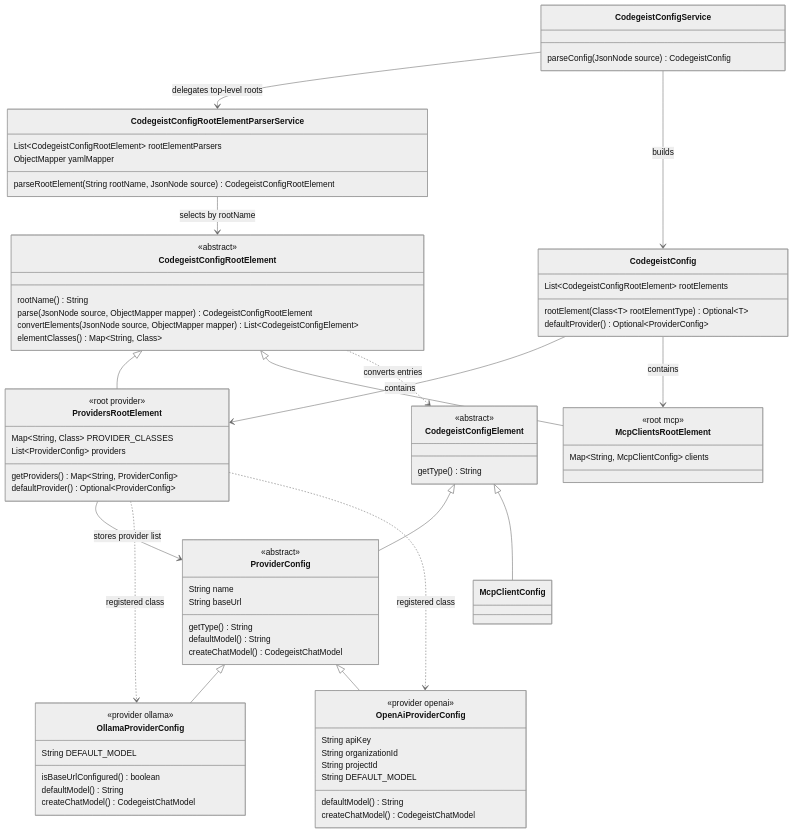
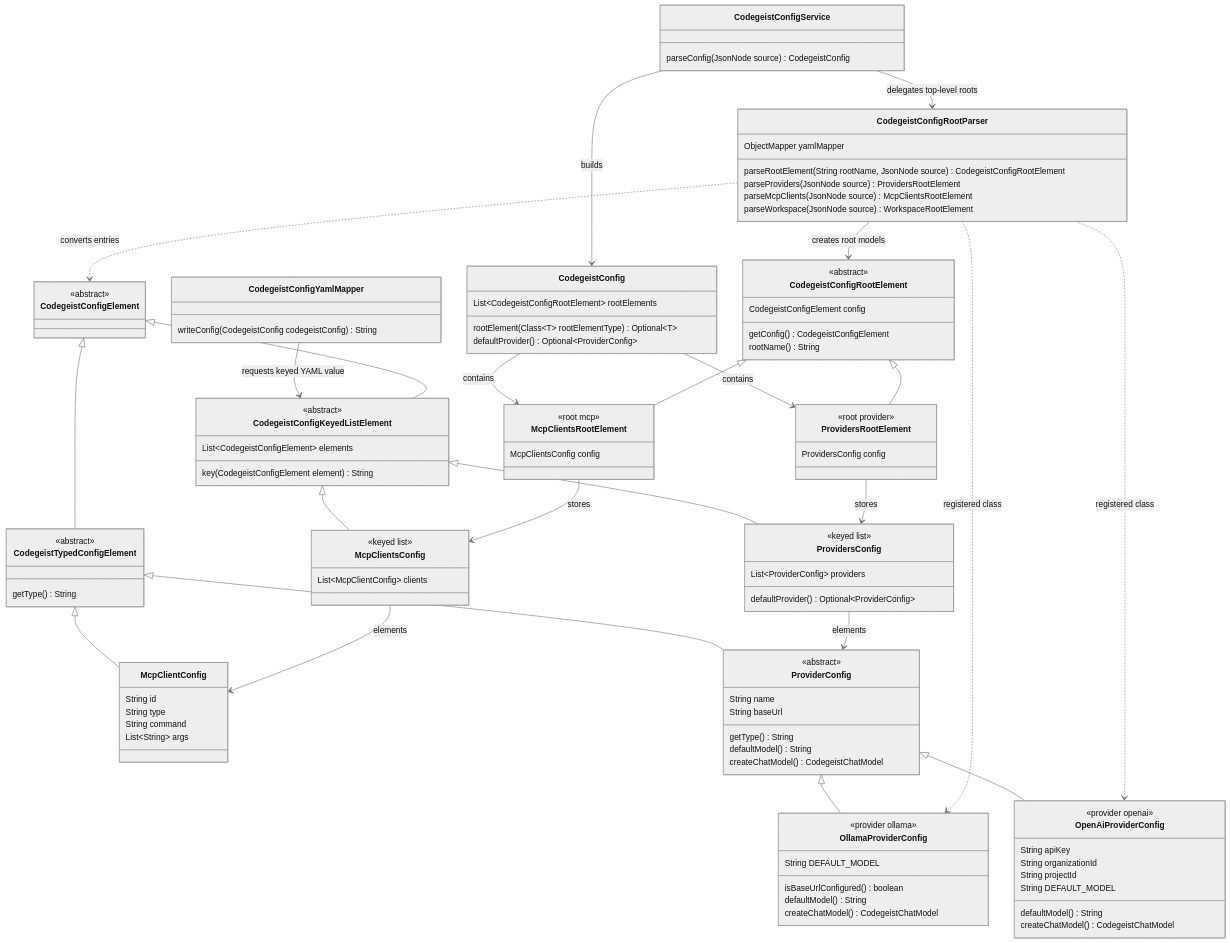
The first of 5 diagrams in docs/developer/architecture/provider-configuration.md (codegeist-ai/codegeist), drawn with Mermaid (neutral theme) before and after one commit. The commit also changed other lines of this file and 46 other files, not shown here.

First line of the commit message:
feat(config): add workspace resolution and keyed roots

````diff
--- a/docs/developer/architecture/provider-configuration.md
+++ b/docs/developer/architecture/provider-configuration.md
@@ -138,38 +149,68 @@
 
     class CodegeistConfigElement {
       <<abstract>>
+    }
+
+    class CodegeistTypedConfigElement {
+      <<abstract>>
       getType() String
+    }
+
+    class CodegeistConfigKeyedListElement {
+      <<abstract>>
+      List~CodegeistConfigElement~ elements
+      key(CodegeistConfigElement element) String
     }
 
     class CodegeistConfigRootElement {
       <<abstract>>
+      CodegeistConfigElement config
+      getConfig() CodegeistConfigElement
       rootName() String
-      parse(JsonNode source, ObjectMapper mapper) CodegeistConfigRootElement
-      convertElements(JsonNode source, ObjectMapper mapper) List~CodegeistConfigElement~
-      elementClasses() Map~String, Class~
     }
 
     class CodegeistConfigService {
       parseConfig(JsonNode source) CodegeistConfig
     }
 
-    class CodegeistConfigRootElementParserService {
-      List~CodegeistConfigRootElement~ rootElementParsers
+    class CodegeistConfigYamlMapper {
+      writeConfig(CodegeistConfig codegeistConfig) String
+    }
+
+    class CodegeistConfigRootParser {
       ObjectMapper yamlMapper
       parseRootElement(String rootName, JsonNode source) CodegeistConfigRootElement
+      parseProviders(JsonNode source) ProvidersRootElement
+      parseMcpClients(JsonNode source) McpClientsRootElement
+      parseWorkspace(JsonNode source) WorkspaceRootElement
     }
 
     class ProvidersRootElement {
       <<root provider>>
-      Map~String, Class~ PROVIDER_CLASSES
+      ProvidersConfig config
+    }
+
+    class ProvidersConfig {
+      <<keyed list>>
       List~ProviderConfig~ providers
-      getProviders() Map~String, ProviderConfig~
       defaultProvider() Optional~ProviderConfig~
     }
 
     class McpClientsRootElement {
       <<root mcp>>
-      Map~String, McpClientConfig~ clients
+      McpClientsConfig config
+    }
+
+    class McpClientsConfig {
+      <<keyed list>>
+      List~McpClientConfig~ clients
+    }
+
+    class McpClientConfig {
+      String id
+      String type
+      String command
+      List~String~ args
     }
 
     class ProviderConfig {
@@ -199,19 +240,27 @@
       createChatModel() CodegeistChatModel
     }
 
-    CodegeistConfigService --> CodegeistConfigRootElementParserService : delegates top-level roots
-    CodegeistConfigRootElementParserService --> CodegeistConfigRootElement : selects by rootName
+    CodegeistConfigService --> CodegeistConfigRootParser : delegates top-level roots
+    CodegeistConfigYamlMapper --> CodegeistConfigKeyedListElement : requests keyed YAML value
+    CodegeistConfigRootParser --> CodegeistConfigRootElement : creates root models
     CodegeistConfigService --> CodegeistConfig : builds
     CodegeistConfig --> ProvidersRootElement : contains
     CodegeistConfig --> McpClientsRootElement : contains
+    CodegeistConfigElement <|-- CodegeistTypedConfigElement
+    CodegeistConfigElement <|-- CodegeistConfigKeyedListElement
+    CodegeistTypedConfigElement <|-- ProviderConfig
+    CodegeistTypedConfigElement <|-- McpClientConfig
+    CodegeistConfigKeyedListElement <|-- ProvidersConfig
+    CodegeistConfigKeyedListElement <|-- McpClientsConfig
     CodegeistConfigRootElement <|-- ProvidersRootElement
     CodegeistConfigRootElement <|-- McpClientsRootElement
-    ProvidersRootElement --> ProviderConfig : stores provider list
-    CodegeistConfigRootElement ..> CodegeistConfigElement : converts entries
-    CodegeistConfigElement <|-- ProviderConfig
-    CodegeistConfigElement <|-- McpClientConfig
+    ProvidersRootElement --> ProvidersConfig : stores
+    McpClientsRootElement --> McpClientsConfig : stores
+    ProvidersConfig --> ProviderConfig : elements
+    McpClientsConfig --> McpClientConfig : elements
+    CodegeistConfigRootParser ..> CodegeistConfigElement : converts entries
     ProviderConfig <|-- OllamaProviderConfig
     ProviderConfig <|-- OpenAiProviderConfig
-    ProvidersRootElement ..> OllamaProviderConfig : registered class
-    ProvidersRootElement ..> OpenAiProviderConfig : registered class
+    CodegeistConfigRootParser ..> OllamaProviderConfig : registered class
+    CodegeistConfigRootParser ..> OpenAiProviderConfig : registered class
 ```
````
